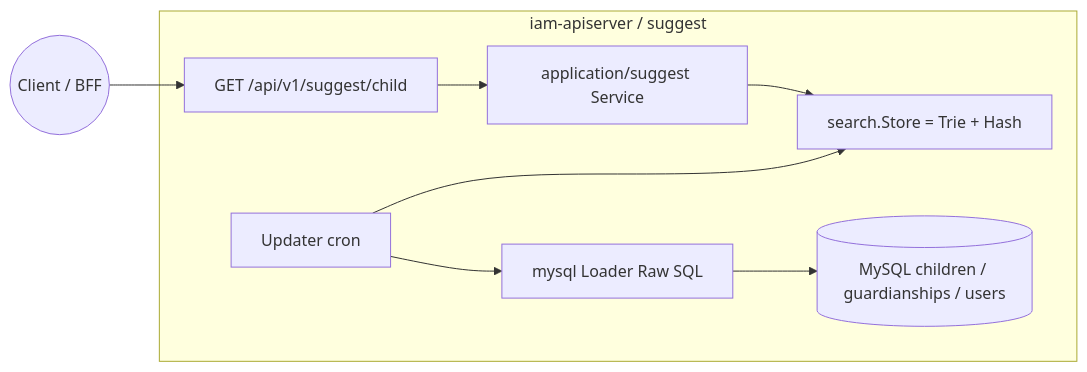
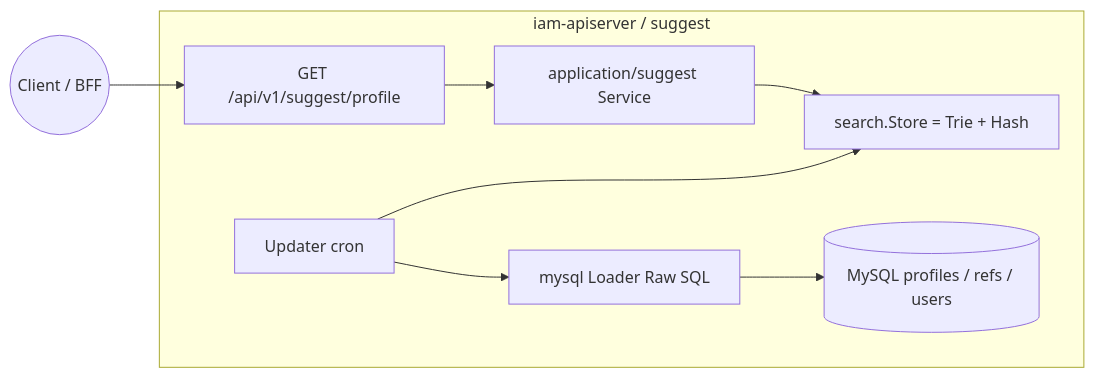
Before and after one commit to FangcunMount/iam: the first of 4 diagrams in docs/02-业务域/04-suggest-儿童联想搜索.md, drawn with Mermaid. The commit also changed other lines of this file and 216 other files, not shown here.

````diff
--- a/docs/02-业务域/04-suggest-儿童联想搜索.md
+++ b/docs/02-业务域/04-suggest-儿童联想搜索.md
@@ -51,17 +51,17 @@
 ```mermaid
 flowchart LR
   subgraph iam["iam-apiserver / suggest"]
-    REST["GET /api/v1/suggest/child"]
+    REST["GET /api/v1/suggest/profile"]
     SVC["application/suggest Service"]
     UPD["Updater cron"]
     LD["mysql Loader Raw SQL"]
     ST["search.Store = Trie + Hash"]
-    DB[("MySQL children / guardianships / users")]
+    DB[("MySQL profiles / refs / users")]
   end
   C((Client / BFF)) --> REST
   REST --> SVC
   SVC --> ST
   UPD --> LD
   LD --> DB
   UPD --> ST
 ```
````
